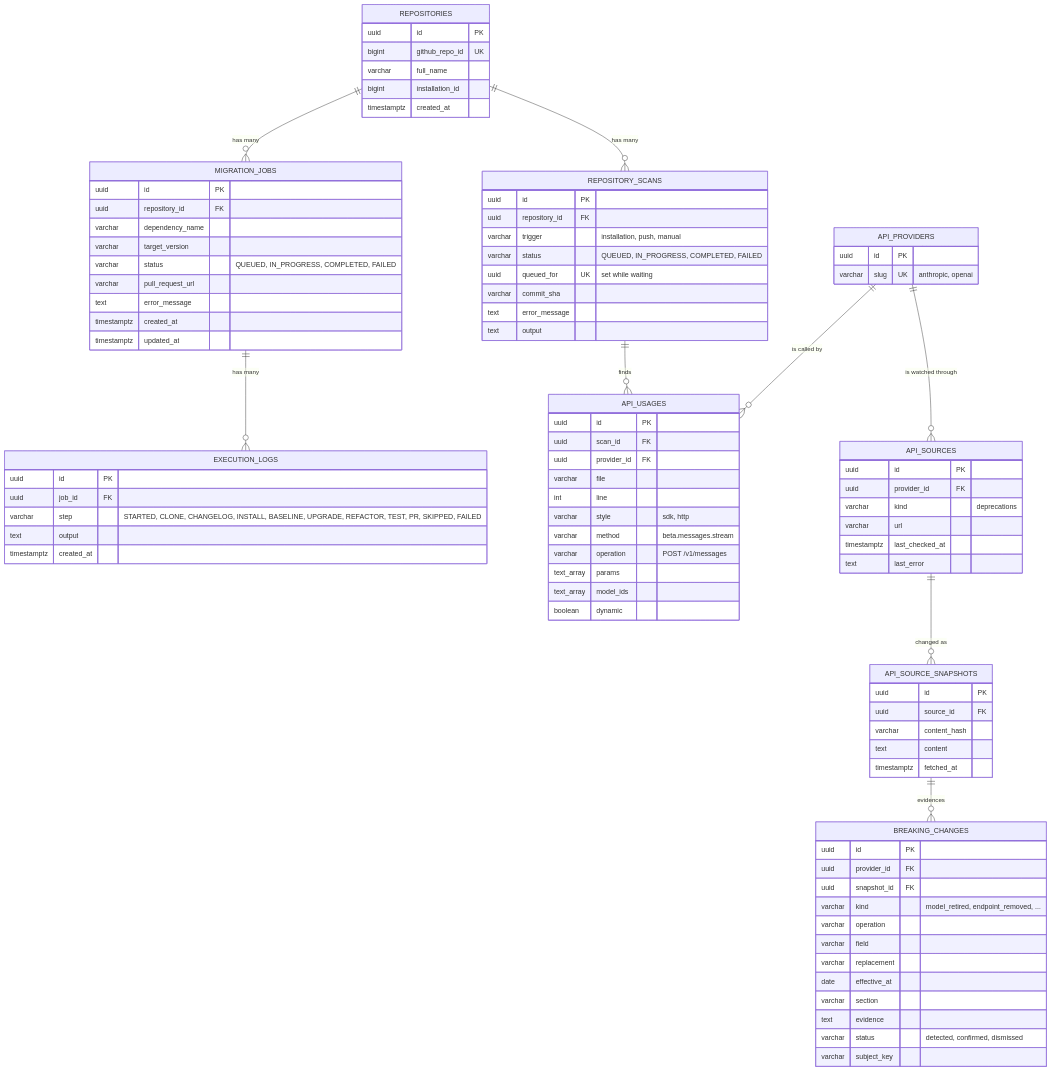
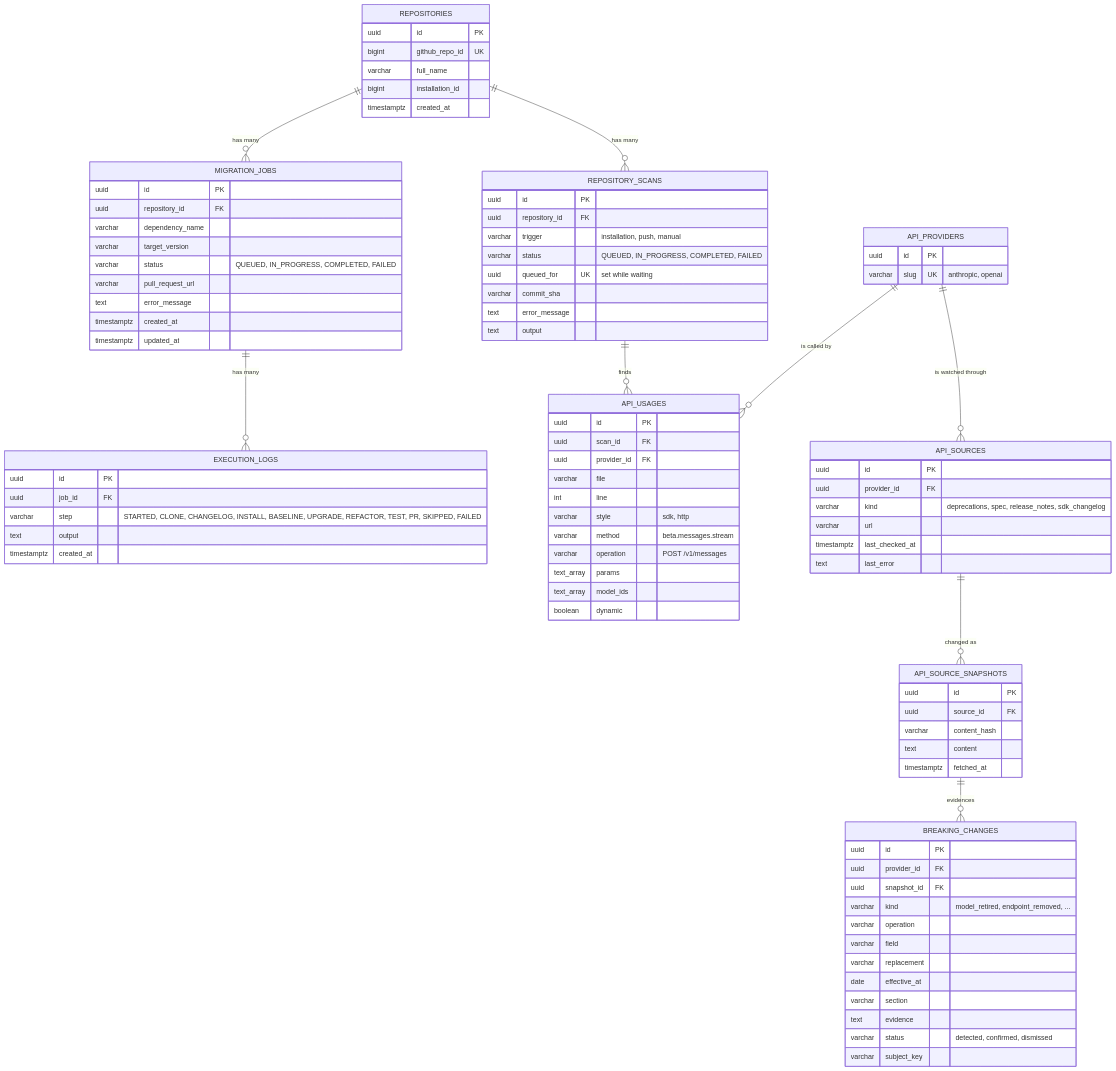
One commit to kiet08hogit/SyncLab changed the sixth of 6 diagrams in README.md. Above: the diagram before and after it, drawn with Mermaid. The commit also changed other lines of this file, not shown here.

```diff
--- a/README.md
+++ b/README.md
@@ -408,7 +408,7 @@
     API_SOURCES {
         uuid id PK
         uuid provider_id FK
-        varchar kind "deprecations"
+        varchar kind "deprecations, spec, release_notes, sdk_changelog"
         varchar url
         timestamptz last_checked_at
         text last_error
```
